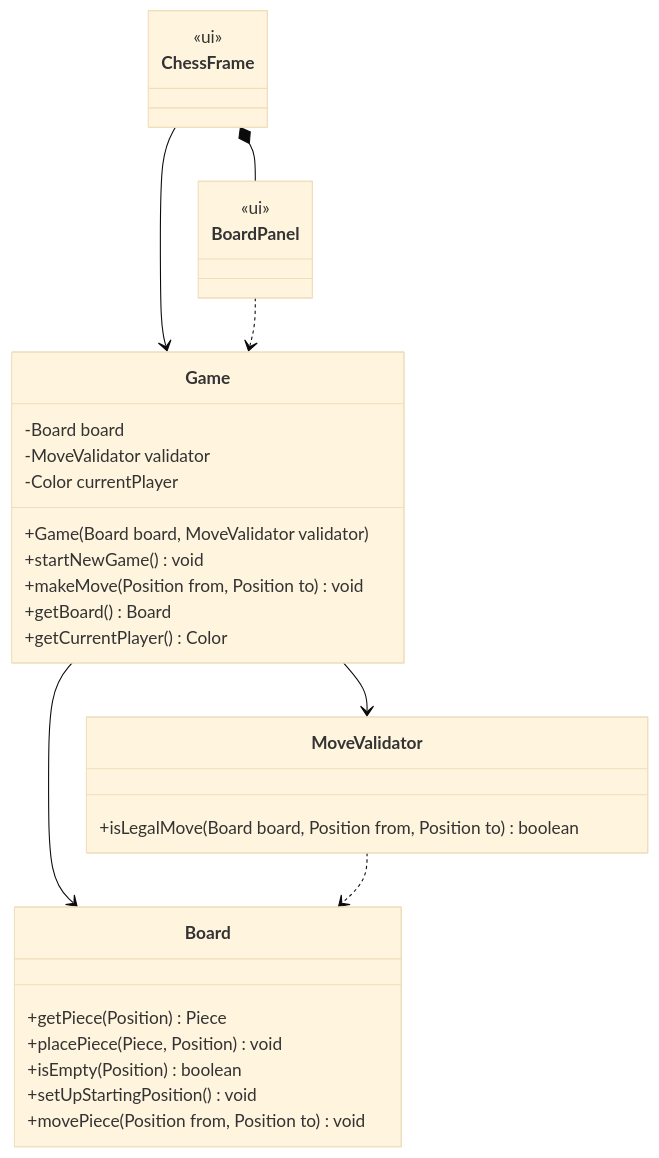
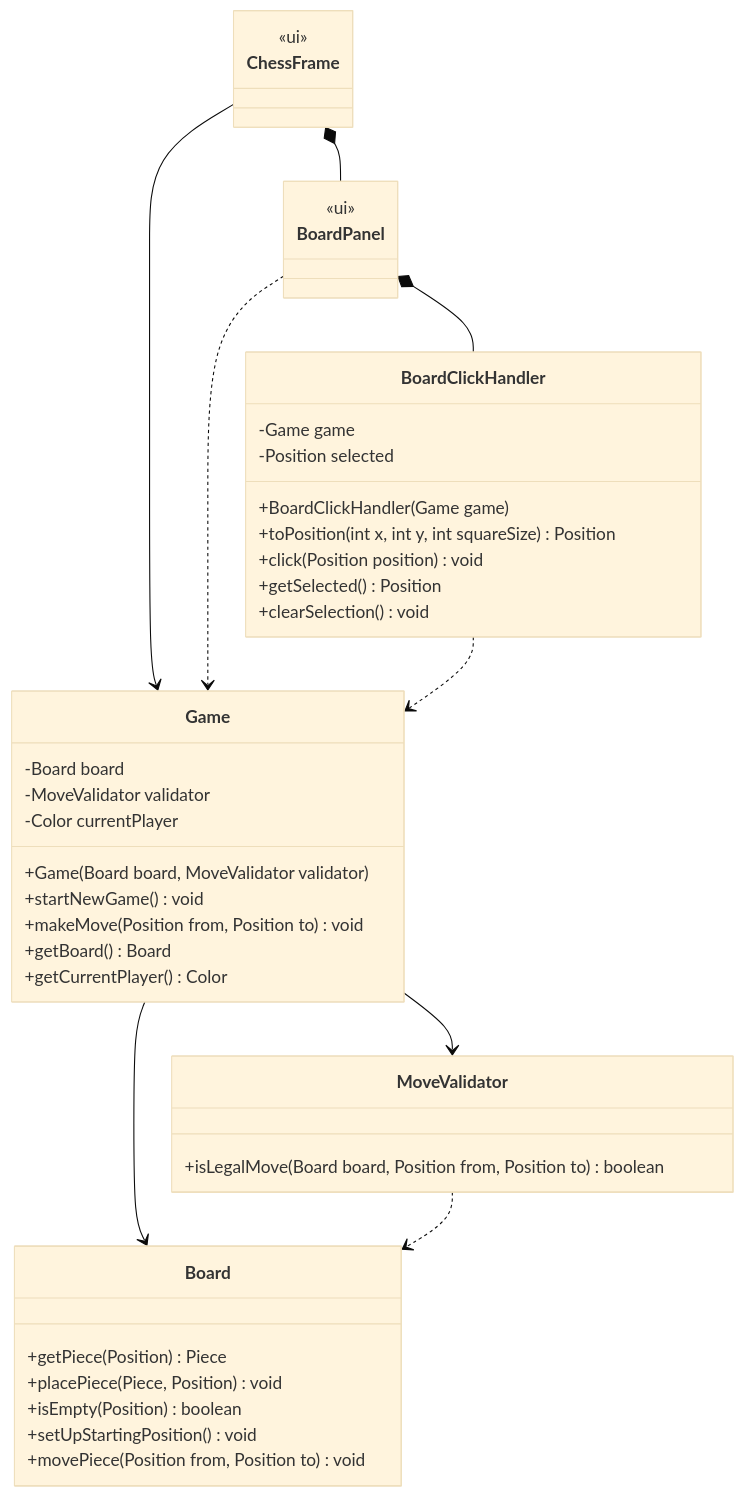
The diagram in docs/design/one-turn.md (nu-cs-sqe/cs380-software-quality-engineering-20262701-course-project-group-10), drawn with Mermaid (base theme) before and after one commit. The commit also changed other lines of this file, not shown here.

Commit message:
Added BoardClickHandler to one-turn design doc

````diff
--- a/docs/design/one-turn.md
+++ b/docs/design/one-turn.md
@@ -14,36 +14,47 @@
 ```mermaid
 classDiagram
     class MoveValidator {
         +isLegalMove(Board board, Position from, Position to) boolean
     }
     class Board {
         +getPiece(Position) Piece
         +placePiece(Piece, Position) void
         +isEmpty(Position) boolean
         +setUpStartingPosition() void
         +movePiece(Position from, Position to) void
     }
     class Game {
         -Board board
         -MoveValidator validator
         -Color currentPlayer
         +Game(Board board, MoveValidator validator)
         +startNewGame() void
         +makeMove(Position from, Position to) void
         +getBoard() Board
         +getCurrentPlayer() Color
     }
     class BoardPanel {
         <<ui>>
     }
     class ChessFrame {
         <<ui>>
     }
+    class BoardClickHandler {
+        -Game game
+        -Position selected
+        +BoardClickHandler(Game game)
+        +toPosition(int x, int y, int squareSize) Position
+        +click(Position position) void
+        +getSelected() Position
+        +clearSelection() void
+    }
 
     Game --> Board
     Game --> MoveValidator
     MoveValidator ..> Board
     ChessFrame --> Game
     ChessFrame *-- BoardPanel
     BoardPanel ..> Game
+    BoardPanel *-- BoardClickHandler
+    BoardClickHandler ..> Game
 ```
````
